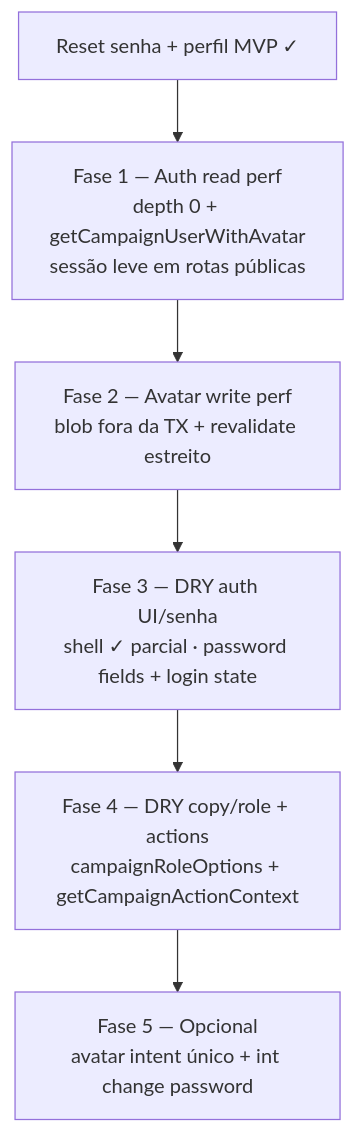
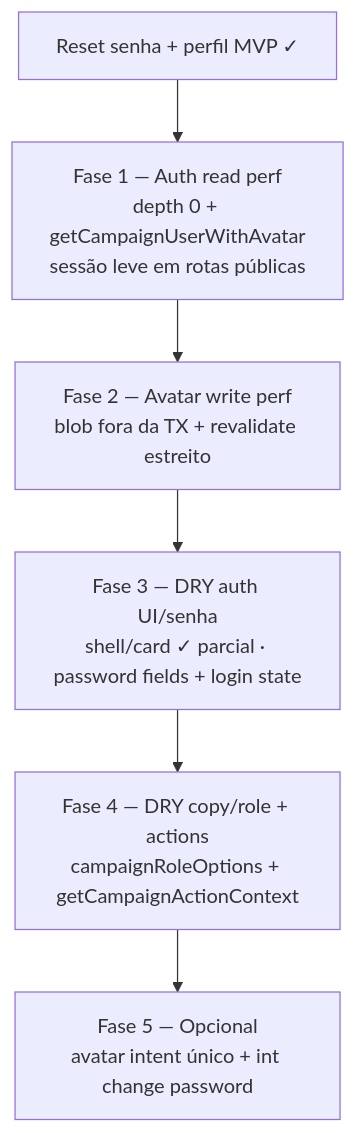
Before and after one commit to fsolla/teqo: the diagram in docs/plans/escala-dry-pos-reset-senha-perfil.md, drawn with Mermaid. The commit also changed other lines of this file and 10 other files, not shown here.

First line of the commit message:
Polish campaign login auth UI after Impeccable critique.

````diff
--- a/docs/plans/escala-dry-pos-reset-senha-perfil.md
+++ b/docs/plans/escala-dry-pos-reset-senha-perfil.md
@@ -42,9 +44,9 @@
 ```mermaid
 flowchart TD
     RS["Reset senha + perfil MVP ✓"] --> F1
     F1["Fase 1 — Auth read perf<br/>depth 0 + getCampaignUserWithAvatar<br/>sessão leve em rotas públicas"]
     F1 --> F2["Fase 2 — Avatar write perf<br/>blob fora da TX + revalidate estreito"]
-    F2 --> F3["Fase 3 — DRY auth UI/senha<br/>shell ✓ parcial · password fields + login state"]
+    F2 --> F3["Fase 3 — DRY auth UI/senha<br/>shell/card ✓ parcial · password fields + login state"]
     F3 --> F4["Fase 4 — DRY copy/role + actions<br/>campaignRoleOptions + getCampaignActionContext"]
     F4 --> F5["Fase 5 — Opcional<br/>avatar intent único + int change password"]
 ```
````
